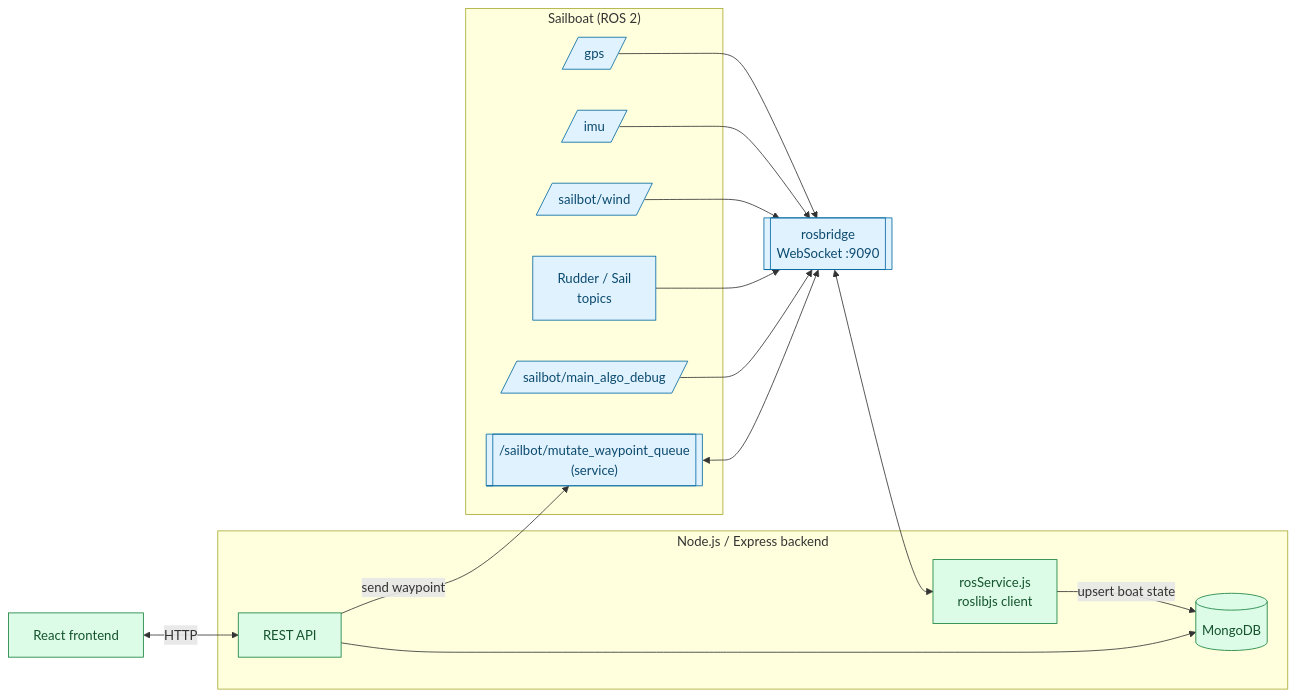
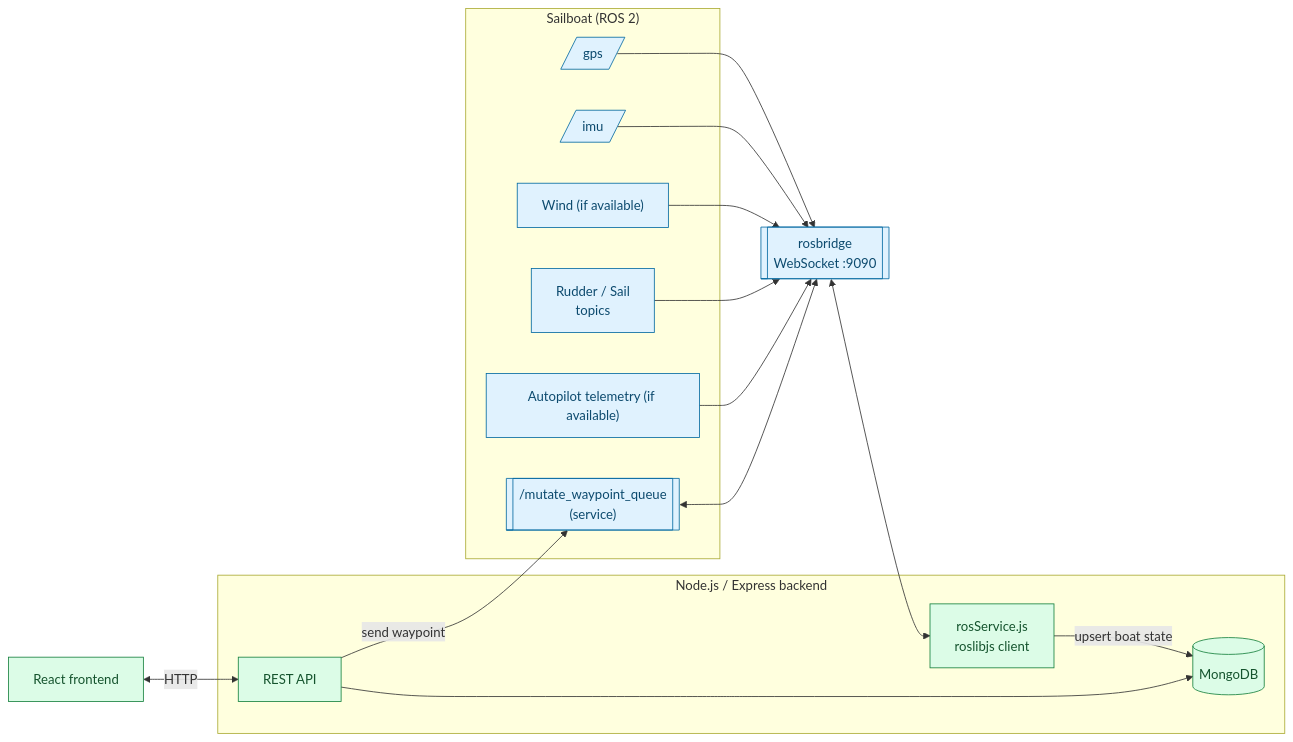
One commit to CUSail-Navigation/webstack changed the diagram in README.md. Above: the diagram before and after it, drawn with Mermaid. The commit also changed other lines of this file and 13 other files, not shown here.

````diff
--- a/README.md
+++ b/README.md
@@ -54,34 +54,34 @@
 ```mermaid
 flowchart LR
     subgraph Boat["Sailboat (ROS 2)"]
         GPS[/gps/]
         IMU[/imu/]
-        WIND[/sailbot/wind/]
+        WIND["Wind (if available)"]
         SERVOS[Rudder / Sail<br/>topics]
-        ALGO[/sailbot/main_algo_debug/]
-        WPSVC[["/sailbot/mutate_waypoint_queue<br/>(service)"]]
+        ALGO["Autopilot telemetry (if available)"]
+        WPSVC[["/mutate_waypoint_queue<br/>(service)"]]
     end
 
     RB[[rosbridge<br/>WebSocket :9090]]
 
     subgraph Backend["Node.js / Express backend"]
         ROSSVC[rosService.js<br/>roslibjs client]
         API[REST API]
         DB[(MongoDB)]
     end
 
     FE[React frontend]
 
     GPS & IMU & WIND & SERVOS & ALGO --> RB
     RB <--> ROSSVC
     ROSSVC -->|upsert boat state| DB
     WPSVC <--> RB
     API --> DB
     API -->|send waypoint| WPSVC
     FE <-->|HTTP| API
 
     classDef ros fill:#e0f2fe,stroke:#0369a1,color:#0c4a6e;
     classDef node fill:#dcfce7,stroke:#15803d,color:#14532d;
     class GPS,IMU,WIND,SERVOS,ALGO,WPSVC,RB ros;
     class ROSSVC,API,DB node;
 ```
````
